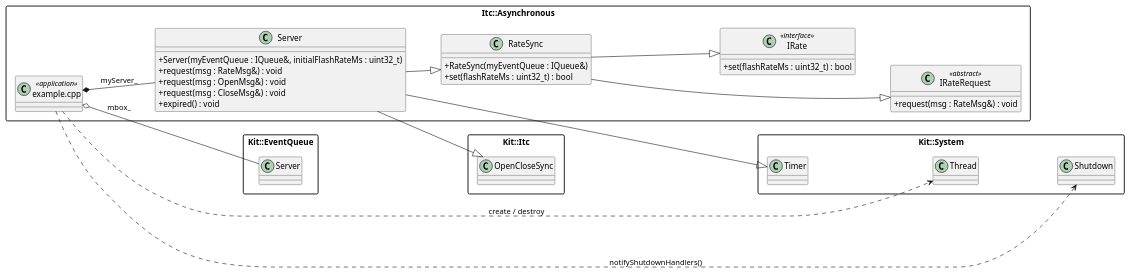
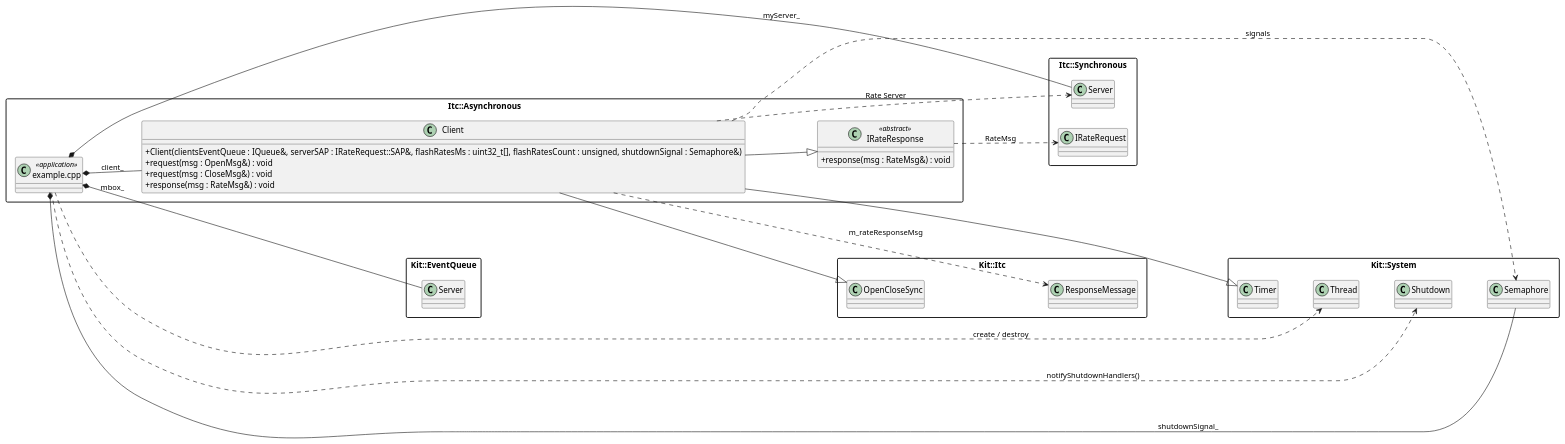
One commit to Integerfox/kit.core changed the diagram in projects/examples/Itc/Asynchronous/diagram.puml. Above: the diagram before and after it, drawn with PlantUML. The commit also changed 62 other files, not shown here.

```diff
--- a/projects/examples/Itc/Asynchronous/diagram.puml
+++ b/projects/examples/Itc/Asynchronous/diagram.puml
@@ -1,88 +1,90 @@
 @startuml classDiagram_examplesitcasynchronous
 
 skinparam classAttributeIconSize 0
 skinparam packageStyle rectangle
 left to right direction
 
 ' ============================================================================
 ' Application Classes
 ' ============================================================================
 
 package "Itc::Asynchronous" {
 
     class "example.cpp" as exampleApp <<application>>
 
-    class IRate <<interface>> {
-        + set(flashRateMs : uint32_t) : bool
+    class IRateResponse <<abstract>> {
+        + response(msg : RateMsg&) : void
     }
 
-    class IRateRequest <<abstract>> {
-        + request(msg : RateMsg&) : void
+    class Client {
+        + Client(clientsEventQueue : IQueue&, serverSAP : IRateRequest::SAP&, flashRatesMs : uint32_t[], flashRatesCount : unsigned, shutdownSignal : Semaphore&)
+        + request(msg : OpenMsg&) : void
+        + request(msg : CloseMsg&) : void
+        + response(msg : RateMsg&) : void
     }
 
-    class RateSync {
-        + RateSync(myEventQueue : IQueue&)
-        + set(flashRateMs : uint32_t) : bool
-    }
-
-    class Server {
-        + Server(myEventQueue : IQueue&, initialFlashRateMs : uint32_t)
-        + request(msg : RateMsg&) : void
-        + request(msg : OpenMsg&) : void
-        + request(msg : CloseMsg&) : void
-        + expired() : void
-    }
-
-    IRate        -[hidden]down- IRateRequest
-    IRateRequest -[hidden]down- RateSync
-    RateSync     -[hidden]down- Server
+    IRateResponse -[hidden]down- Client
 }
 
 ' ============================================================================
 ' Kit Classes  (right column, stacked vertically)
 ' ============================================================================
 
 package "Kit::EventQueue" {
     class "Server" as EqServer
 }
 
+package "Itc::Synchronous" {
+    class "Server" as SyncServer
+    class "IRateRequest" as IRateRequest
+}
+
 package "Kit::Itc" {
     class OpenCloseSync
+    class ResponseMessage
+
+    OpenCloseSync -[hidden]down- ResponseMessage
 }
 
 package "Kit::System" {
     class Timer
     class Thread
     class Shutdown
+    class Semaphore
 
     Timer  -[hidden]down- Thread
     Thread -[hidden]down- Shutdown
+    Shutdown -[hidden]down- Semaphore
 }
 
 ' ============================================================================
 ' Layout hints
 ' ============================================================================
 
 EqServer      -[hidden]down-  OpenCloseSync
-OpenCloseSync -[hidden]down-  Timer
+ResponseMessage -[hidden]down- Timer
 
 ' ============================================================================
 ' Inheritance
 ' ============================================================================
 
-RateSync --|> IRate
-RateSync --|> IRateRequest
-Server   --|> RateSync
-Server   --|> OpenCloseSync
-Server   --|> Timer
+Client --|> IRateResponse
+Client --|> OpenCloseSync
+Client --|> Timer
 
 ' ============================================================================
 ' example.cpp usage / composition relationships
 ' ============================================================================
 
-exampleApp *--  Server   : myServer_
-exampleApp o--  EqServer : mbox_
-exampleApp ..>  Thread   : create / destroy
-exampleApp ..>  Shutdown : notifyShutdownHandlers()
+exampleApp *--  Client          : client_
+exampleApp *--  SyncServer      : myServer_
+exampleApp *--  EqServer        : mbox_
+exampleApp *--  Semaphore       : shutdownSignal_
+exampleApp ..>  Thread          : create / destroy
+exampleApp ..>  Shutdown        : notifyShutdownHandlers()
+Client ..>      SyncServer      : Rate Server
+Client ..>      ResponseMessage : m_rateResponseMsg
+Client ..>      Semaphore : signals
+IRateResponse ..> IRateRequest  : RateMsg
 
 @enduml
```
